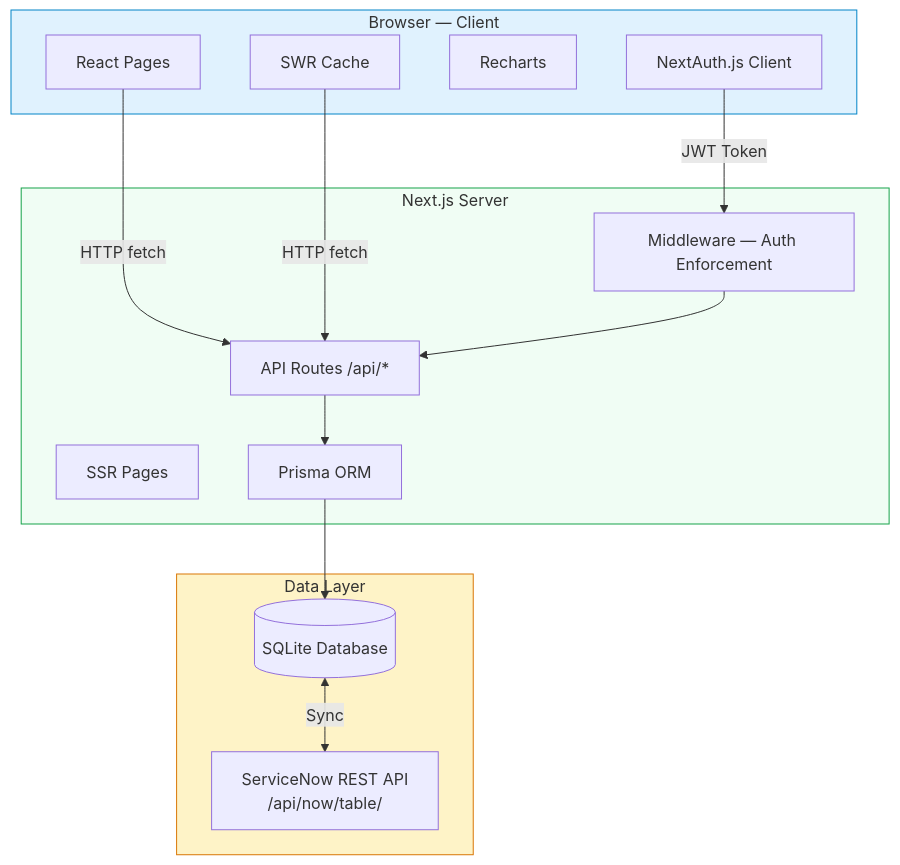
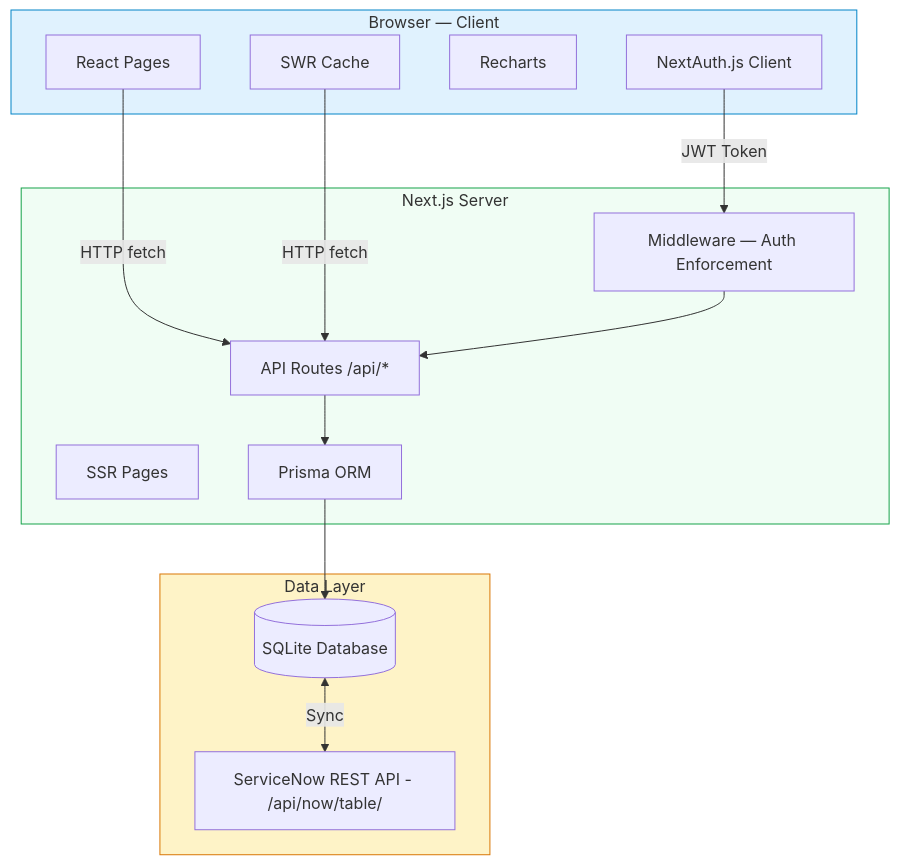
The first of 10 diagrams in docs/ARCHITECTURE.md (jj-shen99/changefabric), drawn with Mermaid before and after one commit. The commit also changed other lines of this file and 10 other files, not shown here.

First line of the commit message:
Fix Mermaid syntax errors, update all docs to v1.3.0

````diff
--- a/docs/ARCHITECTURE.md
+++ b/docs/ARCHITECTURE.md
@@ -41,33 +41,33 @@
 ```mermaid
 graph TB
     subgraph Browser["Browser — Client"]
         RP[React Pages]
         SWR[SWR Cache]
         RC[Recharts]
         NAC[NextAuth.js Client]
     end
 
     subgraph Server["Next.js Server"]
         SSR[SSR Pages]
         API[API Routes /api/*]
         MW[Middleware — Auth Enforcement]
         ORM[Prisma ORM]
     end
 
     subgraph Data["Data Layer"]
         DB[(SQLite Database)]
-        SN[ServiceNow REST API<br/>/api/now/table/]
+        SN[ServiceNow REST API - /api/now/table/]
     end
 
     RP -->|HTTP fetch| API
     SWR -->|HTTP fetch| API
     NAC -->|JWT Token| MW
     MW --> API
     API --> ORM
     ORM --> DB
     DB <-->|Sync| SN
 
     style Browser fill:#e0f2fe,stroke:#0284c7
     style Server fill:#f0fdf4,stroke:#16a34a
     style Data fill:#fef3c7,stroke:#d97706
 ```
````
